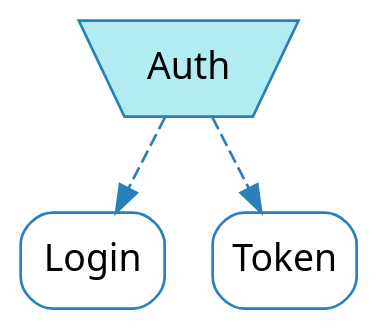
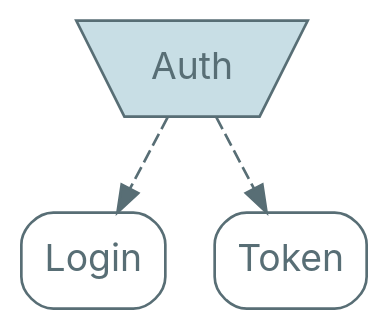
Before and after one commit to nrinaudo/optics-from-the-ground-up: the diagram in src/graphviz/auth.dot, drawn with Graphviz. The commit also changed 67 other files, not shown here.

```diff
--- a/src/graphviz/auth.dot
+++ b/src/graphviz/auth.dot
@@ -1,16 +1,18 @@
 digraph {
     bgcolor=transparent
-    node[shape="rectangle" style="rounded,filled" color="#2980B9" fontname="Segoe UI,Roboto,Helvetica,Arial,sans-serif" fillcolor="#ffffff" fontcolor="#000000"]
-    edge [color="#2980B9" fontcolor="#000000"]
+
+    // Default theme
+    node[shape="rectangle" style="rounded,filled" color="#586E75" fillcolor="#ffffff" fontcolor="#586E75" fontname="Inter,Arial"]
+    edge[color="#586E75" fontcolor="#586E75" fontname="Inter,Arial" fontsize=11]
 
     // sum types
-    auth[shape=invtrapezium, style=filled fillcolor="#b2ebf2"]
+    auth[shape=invtrapezium, style=filled fillcolor="#C8DEE5"]
 
     auth[label=Auth]
 
     login[label=Login]
     token[label=Token]
 
     auth -> token[style=dashed]
     auth -> login[style=dashed]
 }
```
